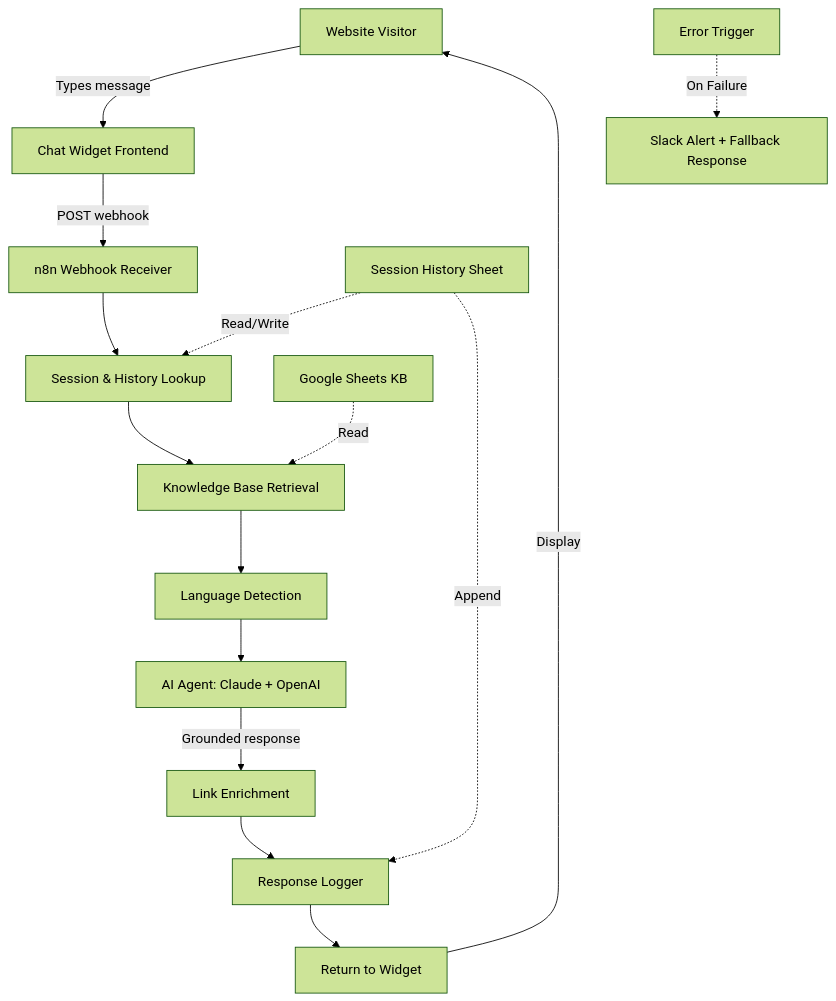
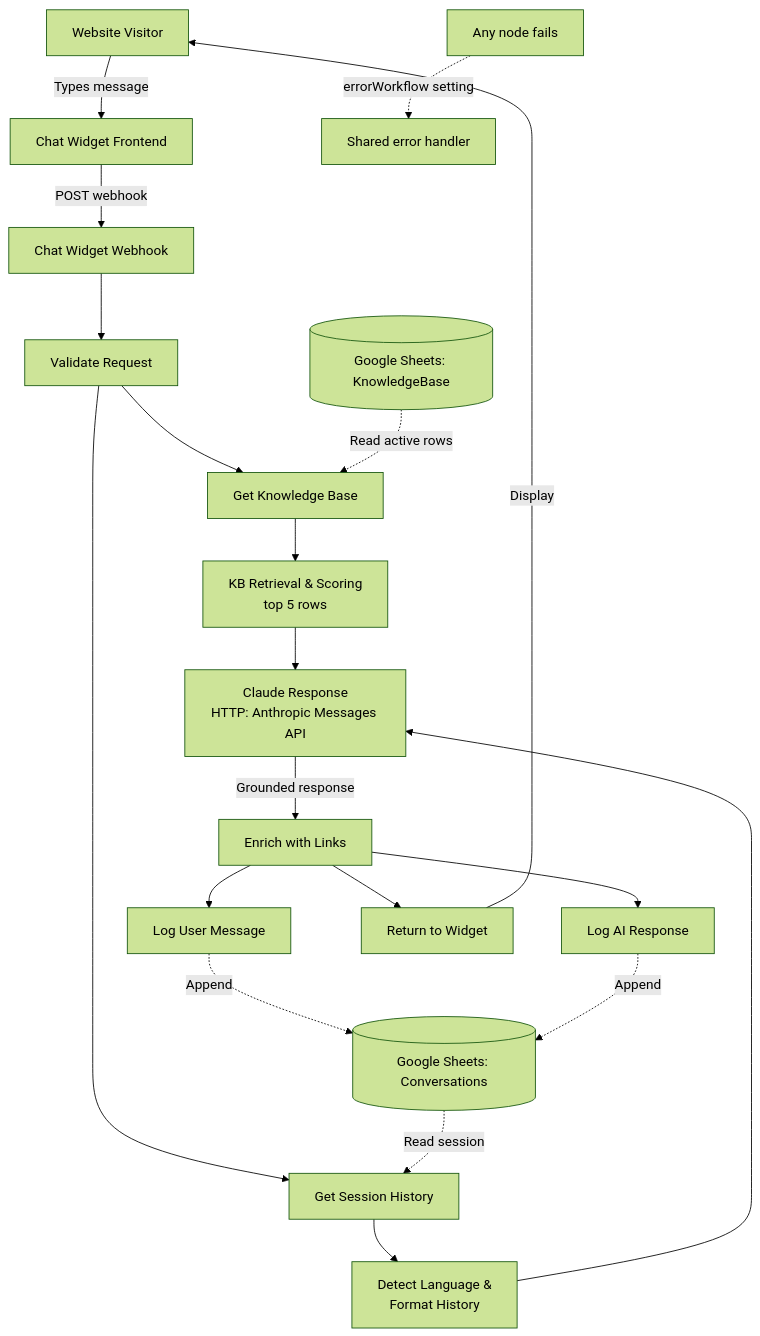
One commit to khaledabdelaziz1330-dot/Khaled-AI-Automation-Portfolio changed the first of 2 diagrams in hostzera-chat-widget/architecture.md. Above: the diagram before and after it, drawn with Mermaid (forest theme). The commit also changed other lines of this file and 50 other files, not shown here.

First line of the commit message:
Align portfolio docs with workflow exports; add shared error handler

````diff
--- a/hostzera-chat-widget/architecture.md
+++ b/hostzera-chat-widget/architecture.md
@@ -9,19 +9,24 @@
 ```mermaid
 flowchart TD
     A[Website Visitor] -->|Types message| B[Chat Widget Frontend]
-    B -->|POST webhook| C[n8n Webhook Receiver]
-    C --> D[Session & History Lookup]
-    D --> E[Knowledge Base Retrieval]
-    E --> F[Language Detection]
-    F --> G[AI Agent: Claude + OpenAI]
-    G -->|Grounded response| H[Link Enrichment]
-    H --> I[Response Logger]
-    I --> J[Return to Widget]
-    J -->|Display| A
-    
-    K[Google Sheets KB] -.->|Read| E
-    L[Session History Sheet] -.->|Read/Write| D
-    L -.->|Append| I
-    
-    M[Error Trigger] -.->|On Failure| N[Slack Alert + Fallback Response]
+    B -->|POST webhook| C[Chat Widget Webhook]
+    C --> D[Validate Request]
+    D --> E[Get Knowledge Base]
+    D --> F[Get Session History]
+    E --> G["KB Retrieval & Scoring<br/>top 5 rows"]
+    F --> H["Detect Language &<br/>Format History"]
+    G --> I["Claude Response<br/>HTTP: Anthropic Messages API"]
+    H --> I
+    I -->|Grounded response| J[Enrich with Links]
+    J --> K[Log User Message]
+    J --> L[Log AI Response]
+    J --> M[Return to Widget]
+    M -->|Display| A
+
+    KB[("Google Sheets: KnowledgeBase")] -.->|Read active rows| E
+    CONV[("Google Sheets: Conversations")] -.->|Read session| F
+    K -.->|Append| CONV
+    L -.->|Append| CONV
+
+    X[Any node fails] -.->|errorWorkflow setting| Y[Shared error handler]
 ```
````
